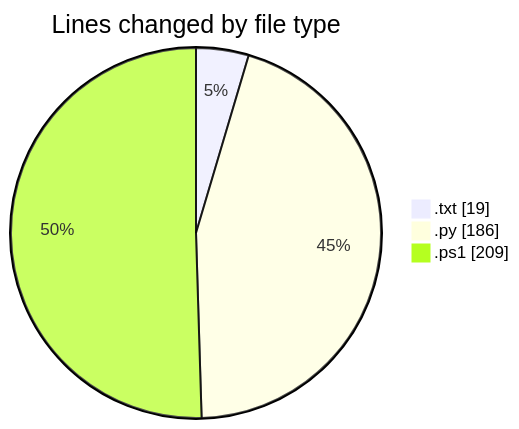
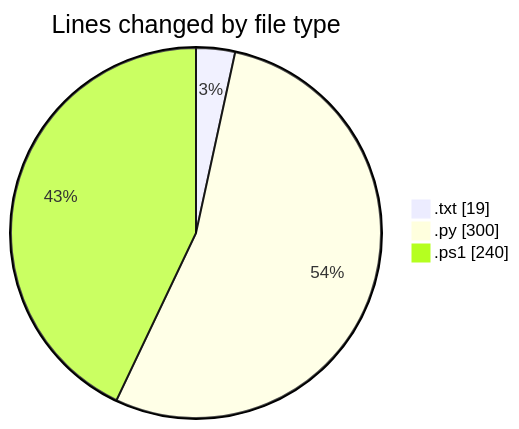
Before and after one commit to CELIANVF/code-tracking: the first of 2 diagrams in 2025-05-16/python_app_deploy/README.md, drawn with Mermaid. The commit also changed other lines of this file and 1 other file, not shown here.

````diff
--- a/2025-05-16/python_app_deploy/README.md
+++ b/2025-05-16/python_app_deploy/README.md
@@ -24,7 +24,7 @@
 ```mermaid
 pie showData
 title Lines changed by file type
 ".txt" : 19
-".py" : 186
-".ps1" : 209
+".py" : 300
+".ps1" : 240
 ```
````
